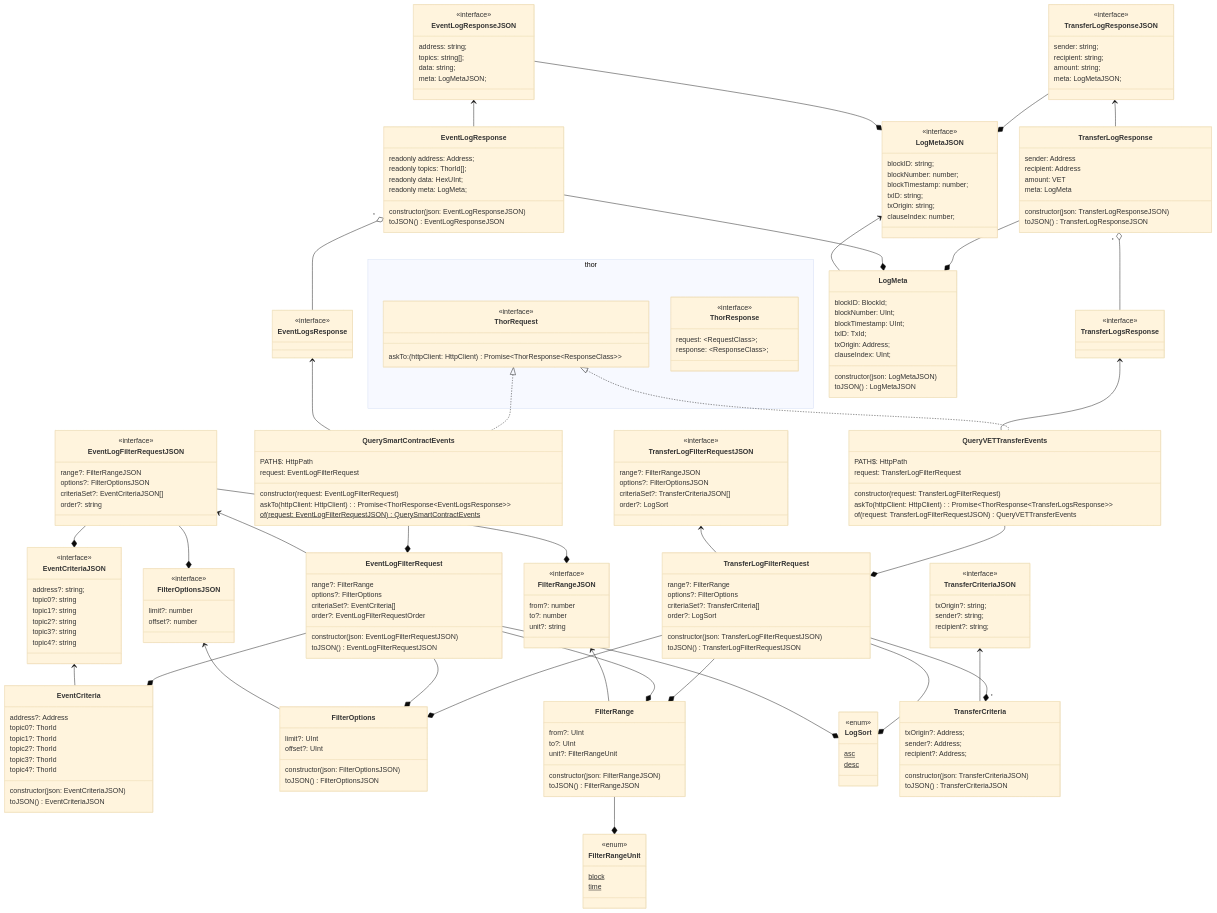
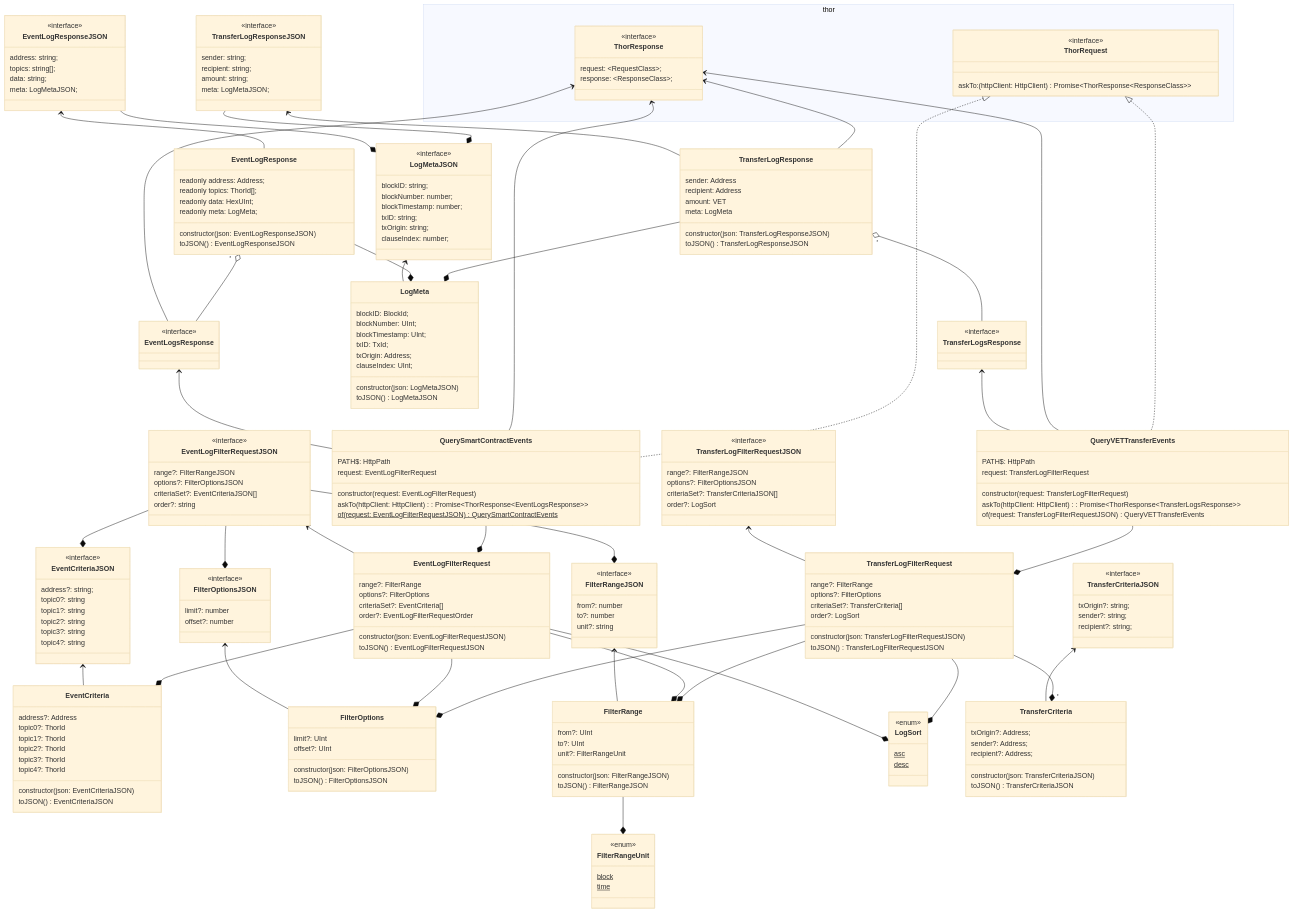
One commit to vechain/vechain-sdk-js changed the diagram in docs/diagrams/v2/net/thor/logs/logs.md. Above: the diagram before and after it, drawn with Mermaid (base theme).

Commit message:
feat: 1484 log in dev...

```diff
--- a/docs/diagrams/v2/net/thor/logs/logs.md
+++ b/docs/diagrams/v2/net/thor/logs/logs.md
@@ -187,6 +187,10 @@
     TransferLogFilterRequestJSON <-- TransferLogFilterRequest
     TransferLogResponseJSON <-- TransferLogResponse
     TransferLogsResponse <-- QueryVETTransferEvents
+    ThorResponse <-- EventLogsResponse
+    ThorResponse <-- TransferLogResponse
+    ThorResponse <-- QuerySmartContractEvents
+    ThorResponse <-- QueryVETTransferEvents
     ThorRequest <|.. QuerySmartContractEvents
     ThorRequest <|.. QueryVETTransferEvents
     EventLogResponse "*" o-- EventLogsResponse
```
